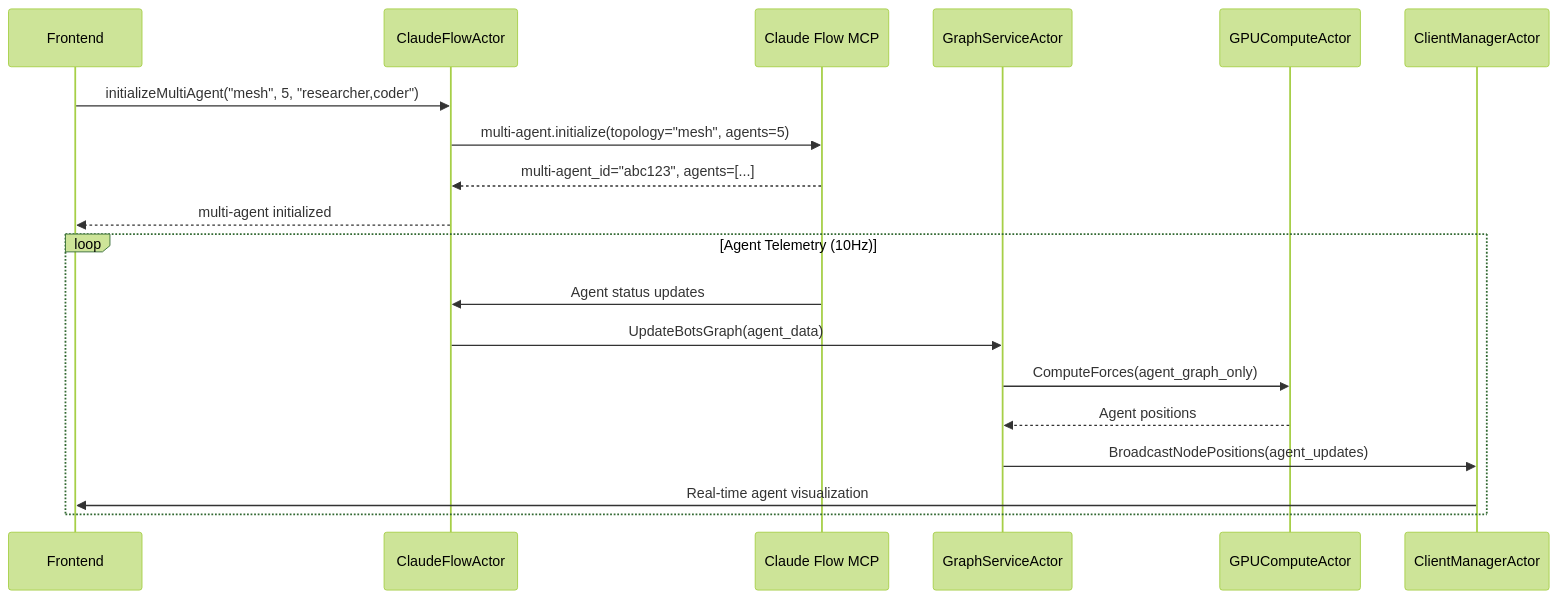
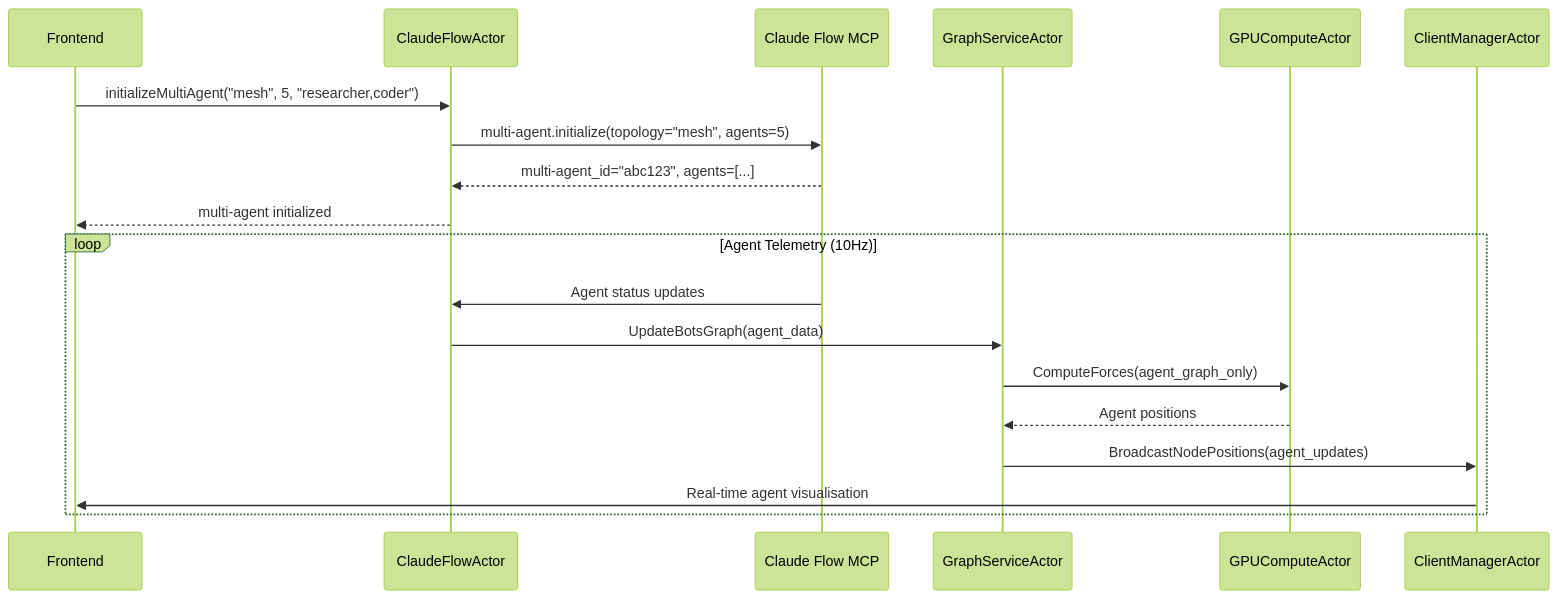
Before and after one commit to DreamLab-AI/VisionFlow: the fourth of 4 diagrams in docs/server/actors.md, drawn with Mermaid (forest theme). The commit also changed other lines of this file and 105 other files, not shown here.

````diff
--- a/docs/server/actors.md
+++ b/docs/server/actors.md
@@ -367,23 +367,23 @@
 ```mermaid
 sequenceDiagram
     participant Frontend
     participant CFA as ClaudeFlowActor
     participant MCP as Claude Flow MCP
     participant GSA as GraphServiceActor
     participant GCA as GPUComputeActor
     participant CMA as ClientManagerActor
 
     Frontend->>CFA: initializeMultiAgent("mesh", 5, "researcher,coder")
     CFA->>MCP: multi-agent.initialize(topology="mesh", agents=5)
     MCP-->>CFA: multi-agent_id="abc123", agents=[...]
     CFA-->>Frontend: multi-agent initialized
 
     loop Agent Telemetry (10Hz)
         MCP->>CFA: Agent status updates
         CFA->>GSA: UpdateBotsGraph(agent_data)
         GSA->>GCA: ComputeForces(agent_graph_only)
         GCA-->>GSA: Agent positions
         GSA->>CMA: BroadcastNodePositions(agent_updates)
-        CMA->>Frontend: Real-time agent visualization
+        CMA->>Frontend: Real-time agent visualisation
     end
 ```
````
